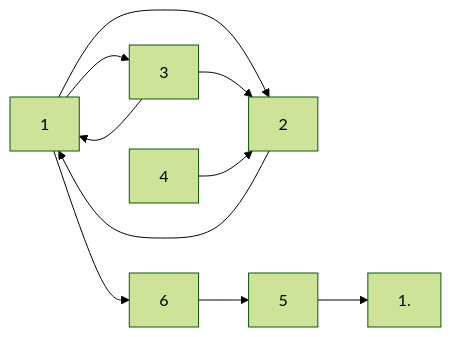
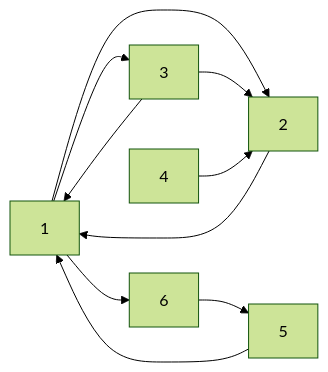
The third of 3 diagrams in seconde/Web/Moteurs_de_recherche.md (boddaert/snt), drawn with Mermaid (forest theme) before and after one commit. The commit also changed other lines of this file, not shown here.

````diff
--- a/seconde/Web/Moteurs_de_recherche.md
+++ b/seconde/Web/Moteurs_de_recherche.md
@@ -126,12 +126,12 @@
 ```mermaid
   graph LR;
       1-->2;
       1-->6;
       6-->5;
-      5-->1.
+      5-->1;
       2-->1;
       1-->3;
       3-->1;
       3-->2;
       4-->2;
 ```
````
